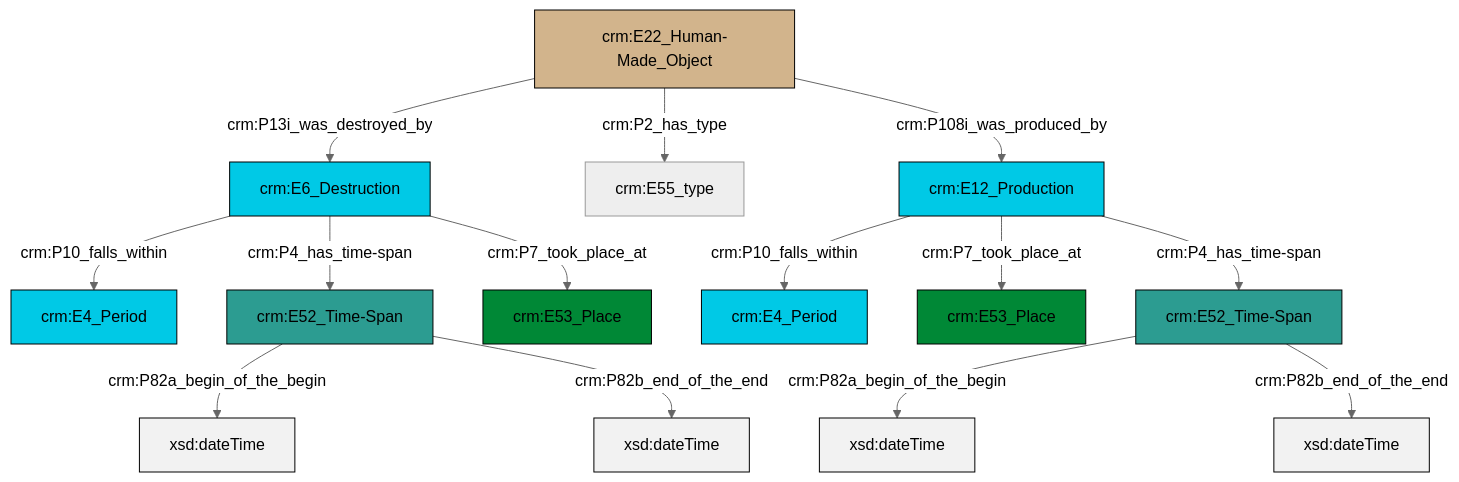
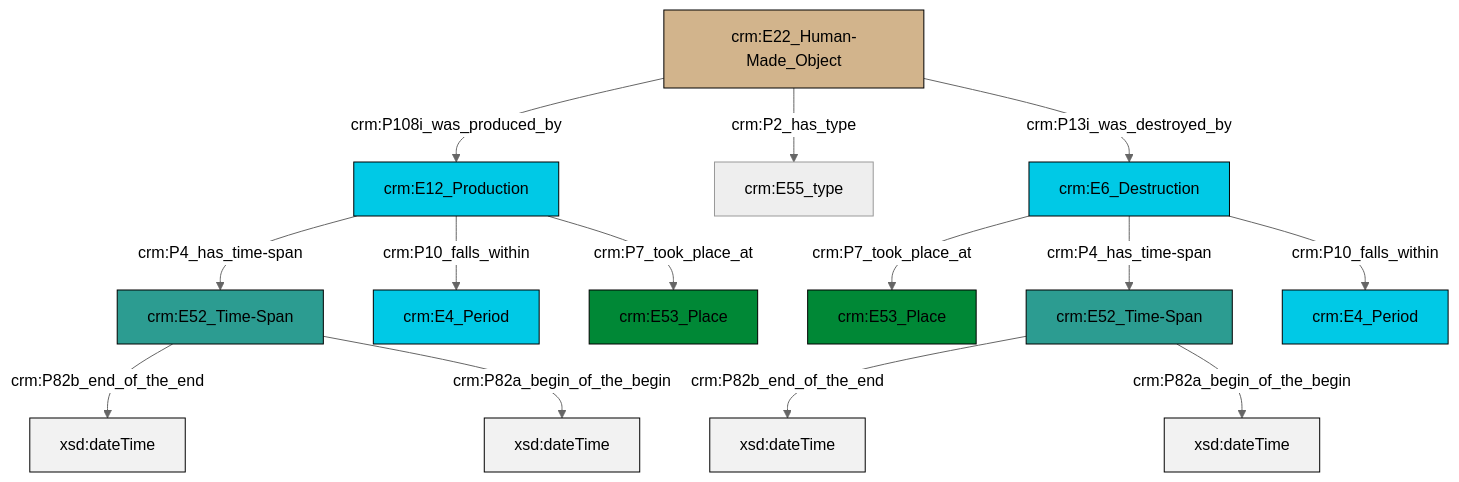
Before and after one commit to swiss-art-research-net/reference-data-models: the diagram in et/builtWorkCSV/ttl/mmd/Built_Work_existence.ttl.mmd, drawn with Mermaid (neutral theme). The commit also changed 124 other files, not shown here.

```diff
--- a/et/builtWorkCSV/ttl/mmd/Built_Work_existence.ttl.mmd
+++ b/et/builtWorkCSV/ttl/mmd/Built_Work_existence.ttl.mmd
@@ -1,28 +1,28 @@
 graph TD
 classDef Literal fill:#f2f2f2,stroke:#000000;
 classDef CRM_Entity fill:#FFFFFF,stroke:#000000;
 classDef Temporal_Entity fill:#00C9E6, stroke:#000000;
 classDef Type fill:#E18312, stroke:#000000;
 classDef Time-Span fill:#2C9C91, stroke:#000000;
 classDef Appellation fill:#FFEB7F, stroke:#000000;
 classDef Place fill:#008836, stroke:#000000;
 classDef Persistent_Item fill:#B266B2, stroke:#000000;
 classDef Conceptual_Object fill:#FFD700, stroke:#000000;
 classDef Physical_Thing fill:#D2B48C, stroke:#000000;
 classDef Actor fill:#f58aad, stroke:#000000;
 classDef PC_Classes fill:#4ce600, stroke:#000000;
 classDef Multi fill:#cccccc,stroke:#000000;
 
-6["crm:E6_Destruction"]:::Temporal_Entity -->|crm:P7_took_place_at| 4["crm:E53_Place"]:::Place
-9["crm:E22_Human-Made_Object"]:::Physical_Thing -->|crm:P2_has_type| 10["crm:E55_type"]:::Default
-13["crm:E52_Time-Span"]:::Time-Span -->|crm:P82a_begin_of_the_begin| 15[xsd:dateTime]:::Literal
-6["crm:E6_Destruction"]:::Temporal_Entity -->|crm:P4_has_time-span| 2["crm:E52_Time-Span"]:::Time-Span
-13["crm:E52_Time-Span"]:::Time-Span -->|crm:P82b_end_of_the_end| 18[xsd:dateTime]:::Literal
-6["crm:E6_Destruction"]:::Temporal_Entity -->|crm:P10_falls_within| 0["crm:E4_Period"]:::Temporal_Entity
-19["crm:E12_Production"]:::Temporal_Entity -->|crm:P7_took_place_at| 11["crm:E53_Place"]:::Place
-9["crm:E22_Human-Made_Object"]:::Physical_Thing -->|crm:P13i_was_destroyed_by| 6["crm:E6_Destruction"]:::Temporal_Entity
-9["crm:E22_Human-Made_Object"]:::Physical_Thing -->|crm:P108i_was_produced_by| 19["crm:E12_Production"]:::Temporal_Entity
-19["crm:E12_Production"]:::Temporal_Entity -->|crm:P10_falls_within| 7["crm:E4_Period"]:::Temporal_Entity
-2["crm:E52_Time-Span"]:::Time-Span -->|crm:P82a_begin_of_the_begin| 22[xsd:dateTime]:::Literal
-2["crm:E52_Time-Span"]:::Time-Span -->|crm:P82b_end_of_the_end| 23[xsd:dateTime]:::Literal
-19["crm:E12_Production"]:::Temporal_Entity -->|crm:P4_has_time-span| 13["crm:E52_Time-Span"]:::Time-Span
+0["crm:E22_Human-Made_Object"]:::Physical_Thing -->|crm:P108i_was_produced_by| 1["crm:E12_Production"]:::Temporal_Entity
+2["crm:E52_Time-Span"]:::Time-Span -->|crm:P82b_end_of_the_end| 4[xsd:dateTime]:::Literal
+5["crm:E6_Destruction"]:::Temporal_Entity -->|crm:P7_took_place_at| 6["crm:E53_Place"]:::Place
+1["crm:E12_Production"]:::Temporal_Entity -->|crm:P4_has_time-span| 2["crm:E52_Time-Span"]:::Time-Span
+2["crm:E52_Time-Span"]:::Time-Span -->|crm:P82a_begin_of_the_begin| 9[xsd:dateTime]:::Literal
+0["crm:E22_Human-Made_Object"]:::Physical_Thing -->|crm:P2_has_type| 7["crm:E55_type"]:::Default
+19["crm:E52_Time-Span"]:::Time-Span -->|crm:P82b_end_of_the_end| 21[xsd:dateTime]:::Literal
+19["crm:E52_Time-Span"]:::Time-Span -->|crm:P82a_begin_of_the_begin| 22[xsd:dateTime]:::Literal
+1["crm:E12_Production"]:::Temporal_Entity -->|crm:P10_falls_within| 10["crm:E4_Period"]:::Temporal_Entity
+5["crm:E6_Destruction"]:::Temporal_Entity -->|crm:P4_has_time-span| 19["crm:E52_Time-Span"]:::Time-Span
+5["crm:E6_Destruction"]:::Temporal_Entity -->|crm:P10_falls_within| 15["crm:E4_Period"]:::Temporal_Entity
+0["crm:E22_Human-Made_Object"]:::Physical_Thing -->|crm:P13i_was_destroyed_by| 5["crm:E6_Destruction"]:::Temporal_Entity
+1["crm:E12_Production"]:::Temporal_Entity -->|crm:P7_took_place_at| 12["crm:E53_Place"]:::Place
```
